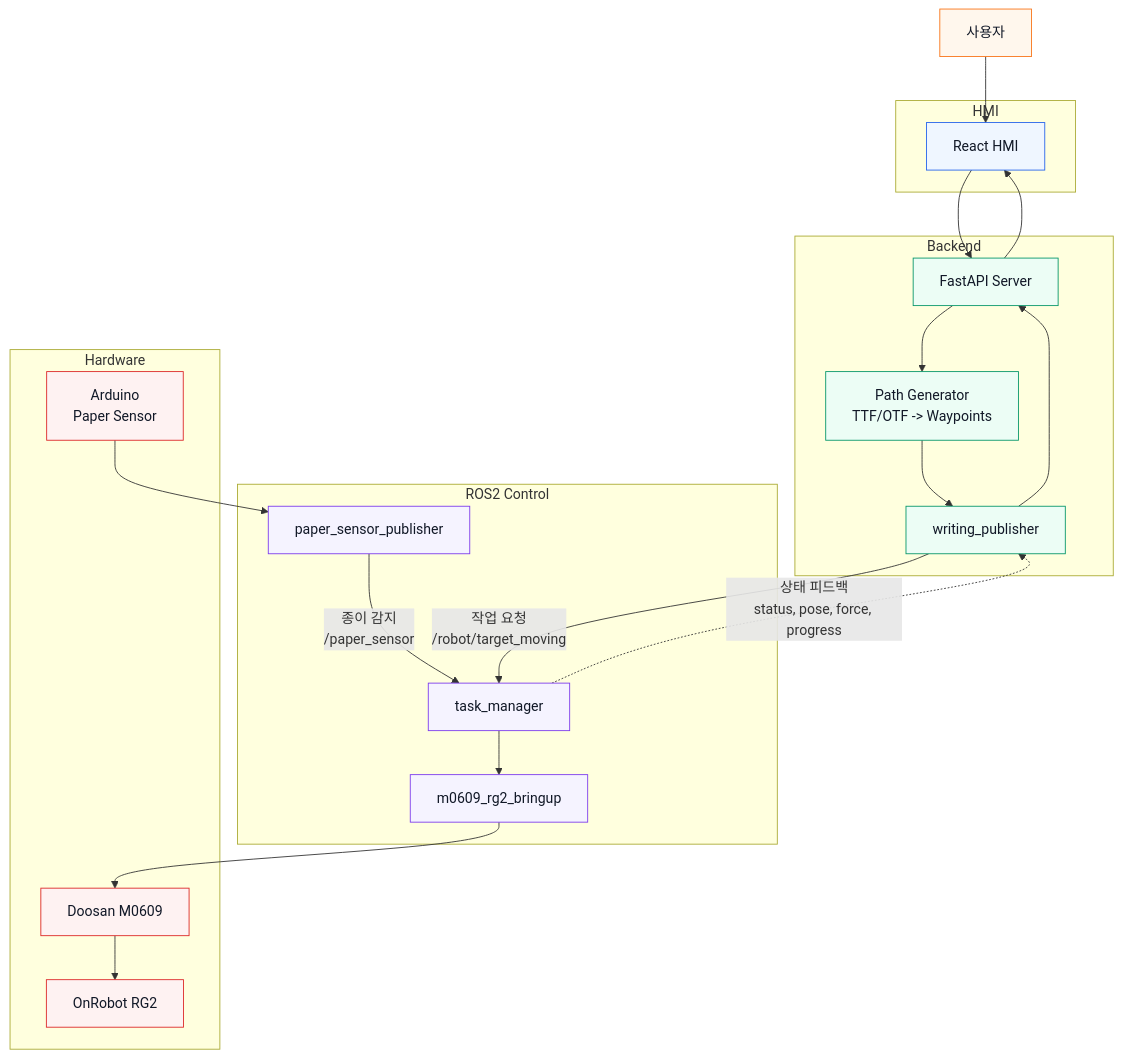
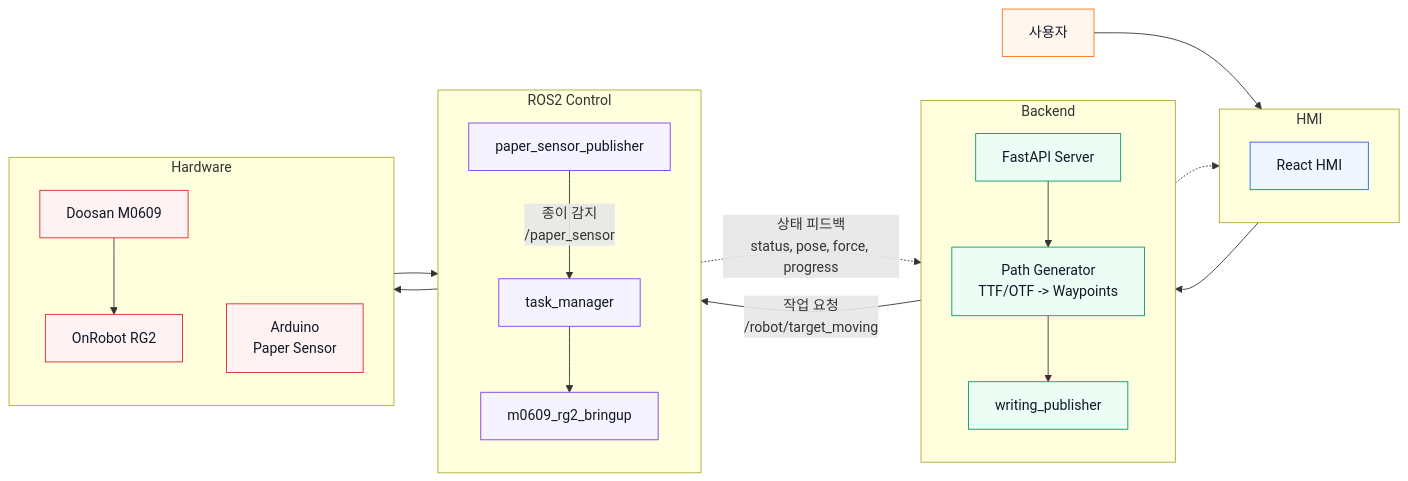
The first of 3 diagrams in README.md (habin-k/robot-arm-writing), drawn with Mermaid before and after one commit.

Commit message:
README 업데이트

````diff
--- a/README.md
+++ b/README.md
@@ -11,55 +11,57 @@
 ```mermaid
-flowchart TB
+flowchart LR
     User["사용자"]
 
     subgraph UI["HMI"]
+        direction TB
         HMI["React HMI"]
     end
 
     subgraph Server["Backend"]
+        direction TB
         API["FastAPI Server"]
         PathGen["Path Generator<br/>TTF/OTF -> Waypoints"]
         RosPub["writing_publisher"]
     end
 
     subgraph ROS["ROS2 Control"]
+        direction TB
         TaskManager["task_manager"]
         SensorNode["paper_sensor_publisher"]
         Bringup["m0609_rg2_bringup"]
     end
 
     subgraph HW["Hardware"]
-        Arduino["Arduino<br/>Paper Sensor"]
+        direction TB
         Robot["Doosan M0609"]
         Gripper["OnRobot RG2"]
+        Arduino["Arduino<br/>Paper Sensor"]
     end
 
     User --> HMI
     HMI --> API
     API --> PathGen
     PathGen --> RosPub
     RosPub -->|"작업 요청<br/>/robot/target_moving"| TaskManager
+    TaskManager --> Bringup
+    Bringup --> Robot
+    Robot --> Gripper
 
     Arduino --> SensorNode
     SensorNode -->|"종이 감지<br/>/paper_sensor"| TaskManager
 
-    TaskManager --> Bringup
-    Bringup --> Robot
-    Robot --> Gripper
-
-    TaskManager -.->|"상태 피드백<br/>status, pose, force, progress"| RosPub
-    RosPub --> API
-    API --> HMI
+    TaskManager -.->|"상태 피드백<br/>status, pose, force, progress"| API
+    API -.-> HMI
 
     classDef user fill:#fff7ed,stroke:#f97316,stroke-width:1px,color:#111827;
     classDef ui fill:#eff6ff,stroke:#2563eb,stroke-width:1px,color:#111827;
     classDef server fill:#ecfdf5,stroke:#059669,stroke-width:1px,color:#111827;
     classDef ros fill:#f5f3ff,stroke:#7c3aed,stroke-width:1px,color:#111827;
     classDef hw fill:#fef2f2,stroke:#dc2626,stroke-width:1px,color:#111827;
 
     class User user;
     class HMI ui;
     class API,PathGen,RosPub server;
     class TaskManager,SensorNode,Bringup ros;
     class Arduino,Robot,Gripper hw;
 ```
````
